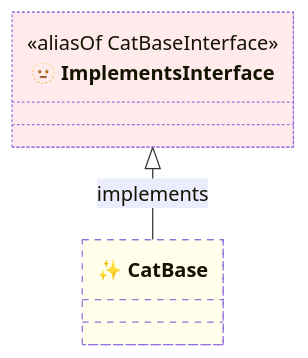
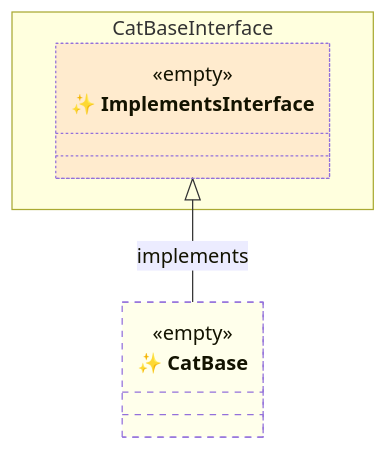
The fifth of 6 diagrams in tests/spec-001--class-composition-with-partial-classes.md (thecodecrate/python-pipeline), drawn with Mermaid before and after one commit. The commit also changed other lines of this file, not shown here.

````diff
--- a/tests/spec-001--class-composition-with-partial-classes.md
+++ b/tests/spec-001--class-composition-with-partial-classes.md
@@ -237,22 +237,25 @@
 ```mermaid
 classDiagram
-    class Interface1["🫥 ImplementsInterface"] {
-        <<aliasOf CatBaseInterface>>
-        %% Empty interface
+    namespace CatBaseInterface {
+        class Interface1["✨ ImplementsInterface"] {
+            <<empty>>
+            %% Empty interface
+        }
     }
 
     class Base["✨ CatBase"] {
+        <<empty>>
         %% Empty class
     }
 
     %% Relationships
     Interface1 <|-- Base : implements
 
     %% Apply Styles
     style Base fill:#ffff6020, stroke-dasharray: 5 5
     style Composed bugfix:#111, stroke-width:2px, font-weight: bold
     style Partial1 bugfix:#111, stroke-dasharray: 5 5
     style Partial2 bugfix:#111, stroke-dasharray: 5 5
     style Partial3 bugfix:#111, stroke-dasharray: 5 5
     style Interface1 fill:#ff606020, stroke-dasharray: 2 2
 ```
````
